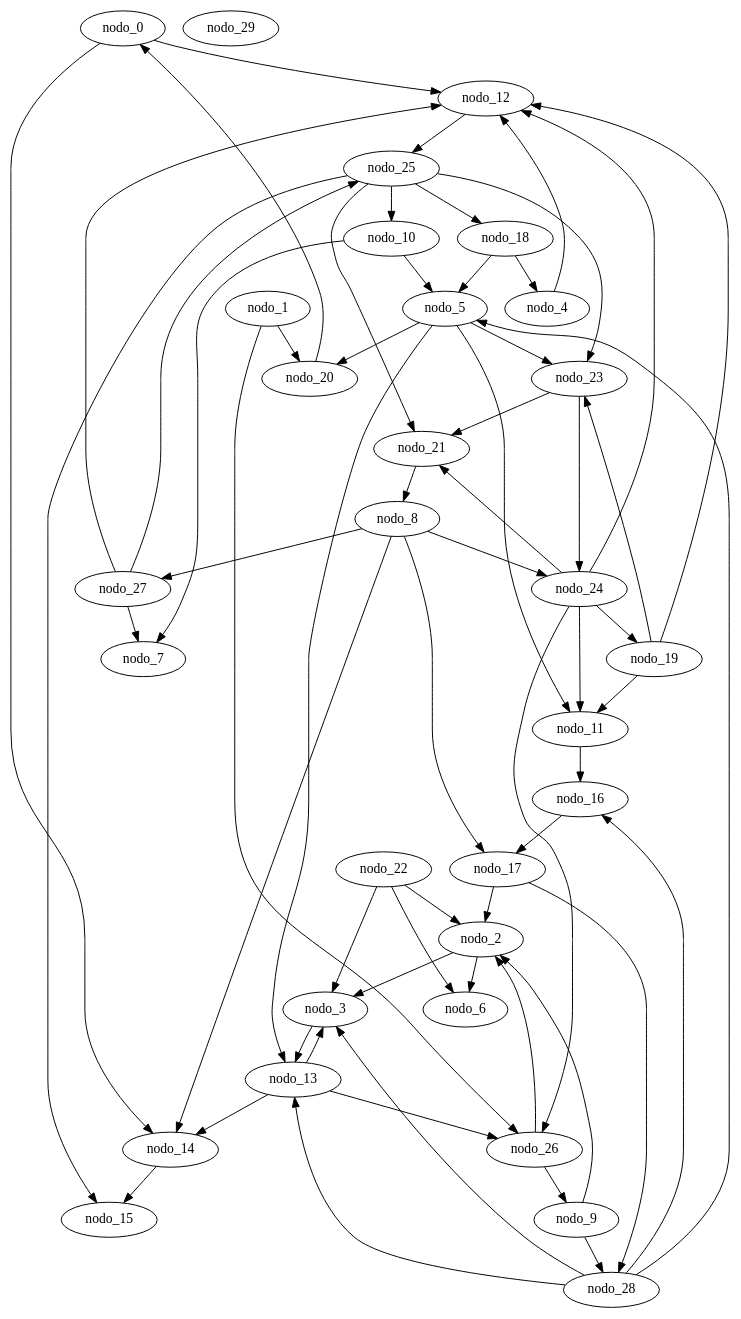
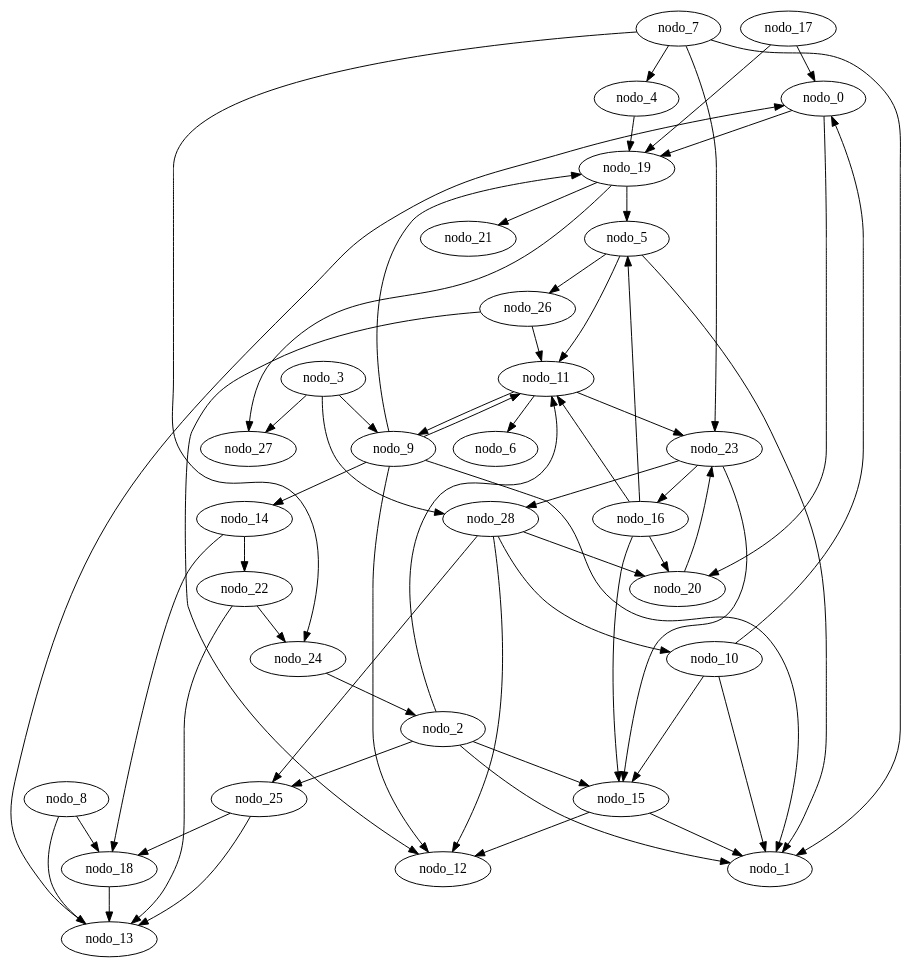
Before and after one commit to sinisterra/cic-algoritmos: the diagram in proyecto01/proyecto01/gen_erdos_ren_30.gv, drawn with Graphviz. The commit also changed 15 other files, not shown here.

```diff
--- a/proyecto01/proyecto01/gen_erdos_ren_30.gv
+++ b/proyecto01/proyecto01/gen_erdos_ren_30.gv
@@ -1,92 +1,62 @@
 digraph gen_erdos_ren_30 {
-  nodo_0;
-  nodo_1;
-  nodo_2;
-  nodo_3;
-  nodo_4;
-  nodo_5;
-  nodo_6;
-  nodo_7;
-  nodo_8;
-  nodo_9;
-  nodo_10;
-  nodo_11;
-  nodo_12;
-  nodo_13;
-  nodo_14;
-  nodo_15;
-  nodo_16;
-  nodo_17;
-  nodo_18;
-  nodo_19;
-  nodo_20;
-  nodo_21;
-  nodo_22;
-  nodo_23;
-  nodo_24;
-  nodo_25;
-  nodo_26;
-  nodo_27;
-  nodo_28;
-  nodo_29;
-  nodo_27 -> nodo_12;
-  nodo_10 -> nodo_7;
-  nodo_10 -> nodo_5;
-  nodo_0 -> nodo_14;
-  nodo_1 -> nodo_26;
-  nodo_24 -> nodo_21;
-  nodo_0 -> nodo_12;
-  nodo_18 -> nodo_5;
-  nodo_18 -> nodo_4;
-  nodo_14 -> nodo_15;
-  nodo_8 -> nodo_14;
-  nodo_5 -> nodo_20;
-  nodo_5 -> nodo_23;
-  nodo_4 -> nodo_12;
-  nodo_9 -> nodo_28;
-  nodo_8 -> nodo_17;
-  nodo_1 -> nodo_20;
-  nodo_24 -> nodo_19;
-  nodo_23 -> nodo_21;
-  nodo_27 -> nodo_25;
-  nodo_27 -> nodo_7;
-  nodo_13 -> nodo_14;
-  nodo_9 -> nodo_2;
-  nodo_21 -> nodo_8;
-  nodo_17 -> nodo_28;
-  nodo_8 -> nodo_24;
-  nodo_3 -> nodo_13;
-  nodo_8 -> nodo_27;
-  nodo_24 -> nodo_26;
-  nodo_13 -> nodo_3;
-  nodo_25 -> nodo_10;
-  nodo_13 -> nodo_26;
-  nodo_16 -> nodo_17;
-  nodo_17 -> nodo_2;
-  nodo_19 -> nodo_12;
-  nodo_23 -> nodo_24;
-  nodo_19 -> nodo_11;
-  nodo_26 -> nodo_2;
-  nodo_22 -> nodo_6;
-  nodo_28 -> nodo_13;
-  nodo_25 -> nodo_21;
-  nodo_22 -> nodo_3;
-  nodo_22 -> nodo_2;
-  nodo_24 -> nodo_11;
-  nodo_28 -> nodo_16;
-  nodo_2 -> nodo_3;
-  nodo_25 -> nodo_23;
-  nodo_24 -> nodo_12;
-  nodo_2 -> nodo_6;
-  nodo_26 -> nodo_9;
-  nodo_12 -> nodo_25;
-  nodo_28 -> nodo_5;
-  nodo_28 -> nodo_3;
-  nodo_11 -> nodo_16;
+  nodo_0 -> nodo_19;
+  nodo_10 -> nodo_1;
+  nodo_10 -> nodo_0;
+  nodo_28 -> nodo_25;
+  nodo_14 -> nodo_18;
+  nodo_11 -> nodo_23;
+  nodo_4 -> nodo_19;
+  nodo_16 -> nodo_5;
+  nodo_28 -> nodo_20;
+  nodo_10 -> nodo_15;
+  nodo_8 -> nodo_13;
+  nodo_8 -> nodo_18;
+  nodo_14 -> nodo_22;
+  nodo_5 -> nodo_26;
+  nodo_26 -> nodo_11;
+  nodo_26 -> nodo_12;
+  nodo_5 -> nodo_1;
+  nodo_7 -> nodo_1;
+  nodo_9 -> nodo_1;
+  nodo_7 -> nodo_4;
+  nodo_3 -> nodo_9;
+  nodo_17 -> nodo_19;
+  nodo_16 -> nodo_15;
+  nodo_20 -> nodo_23;
+  nodo_16 -> nodo_11;
+  nodo_0 -> nodo_20;
+  nodo_23 -> nodo_16;
+  nodo_23 -> nodo_15;
+  nodo_17 -> nodo_0;
+  nodo_11 -> nodo_6;
+  nodo_15 -> nodo_1;
+  nodo_25 -> nodo_13;
+  nodo_13 -> nodo_0;
+  nodo_19 -> nodo_5;
+  nodo_3 -> nodo_27;
+  nodo_2 -> nodo_15;
+  nodo_3 -> nodo_28;
+  nodo_11 -> nodo_9;
+  nodo_7 -> nodo_24;
+  nodo_15 -> nodo_12;
+  nodo_7 -> nodo_23;
+  nodo_16 -> nodo_20;
+  nodo_2 -> nodo_11;
+  nodo_22 -> nodo_13;
+  nodo_23 -> nodo_28;
+  nodo_28 -> nodo_12;
+  nodo_24 -> nodo_2;
+  nodo_28 -> nodo_10;
+  nodo_2 -> nodo_1;
+  nodo_2 -> nodo_25;
+  nodo_19 -> nodo_27;
+  nodo_9 -> nodo_14;
   nodo_5 -> nodo_11;
-  nodo_5 -> nodo_13;
-  nodo_19 -> nodo_23;
-  nodo_20 -> nodo_0;
+  nodo_9 -> nodo_19;
+  nodo_18 -> nodo_13;
+  nodo_22 -> nodo_24;
   nodo_25 -> nodo_18;
-  nodo_25 -> nodo_15;
+  nodo_19 -> nodo_21;
+  nodo_9 -> nodo_12;
+  nodo_9 -> nodo_11;
 }
```
